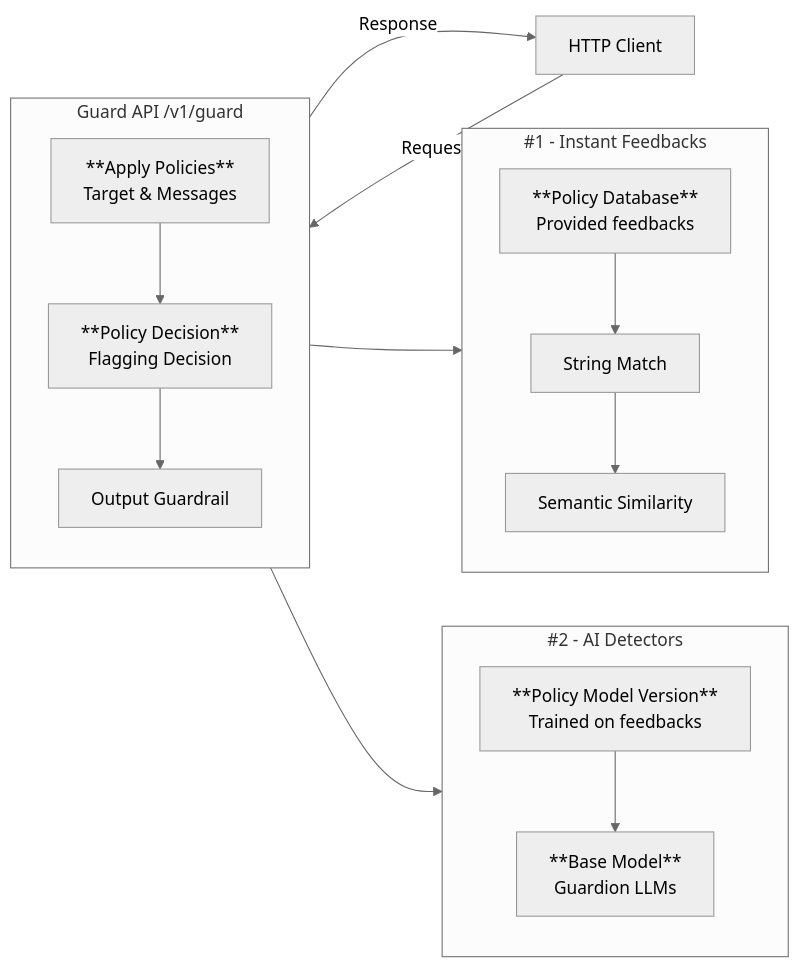
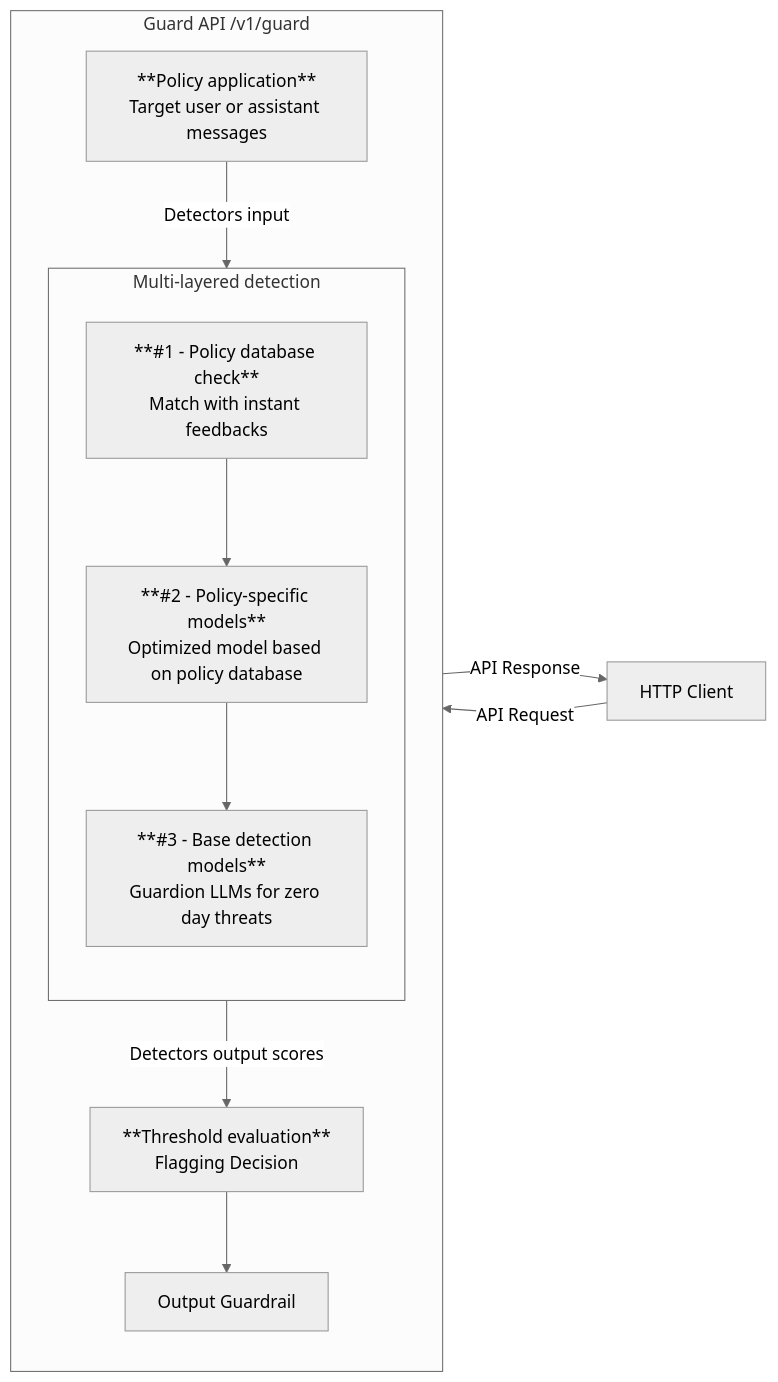
One commit to GuardionAI/docs changed the diagram in platform/feedbacks.mdx. Above: the diagram before and after it, drawn with Mermaid (neutral theme). The commit also changed other lines of this file, not shown here.

````diff
--- a/platform/feedbacks.mdx
+++ b/platform/feedbacks.mdx
@@ -79,28 +79,23 @@
 ```mermaid
   flowchart LR
-    User -->|Request| ValidateInput[Apply Guardrail Policies]
-    OutputGuard -->|Response| User[HTTP Client]
+    User -->|API Request| ValidateInput[Apply Guardrail Policies]
+    OutputGuard -->|API Response| User[HTTP Client]
 
-    ValidateInput --> Custom
-    ValidateInput --> Database
+    ValidateInput -->|Detectors input| Database
 
-    subgraph AIDetectors[#2 - AI Detectors]
+
+    subgraph FeedbackSystem[Multi-layered detection]
         direction TB
-        Custom[**Policy Model Version**\nTrained on feedbacks]
-        Custom --> AI[**Base Model**\nGuardion LLMs] 
-        
-    end
-
-    subgraph FeedbackSystem[#1 - Instant Feedbacks]
-        direction TB
-        Database[**Policy Database**\nProvided feedbacks] --> StringMatch[String Match] 
-        StringMatch --> SemanticSimilarity[Semantic Similarity]
+        Database[**#1 - Policy database check**\nMatch with instant feedbacks]
+        Database --> Custom
+        Custom[**#2 - Policy-specific models**\nOptimized model based on policy database]
+        Custom --> AI[**#3 - Base detection models**\nGuardion LLMs for zero day threats] 
     end
 
     subgraph GuardAPI[Guard API /v1/guard]
         direction TB
-        ValidateInput[**Apply Policies**\nTarget & Messages] --> ValidateOutput
-        ValidateOutput[**Policy Decision**\nFlagging Decision] --> OutputGuard[Output Guardrail]
+        ValidateInput[**Policy application**\nTarget user or assistant messages]
+        FeedbackSystem -->|Detectors output scores| ValidateOutput[**Threshold evaluation**\nFlagging Decision] --> OutputGuard[Output Guardrail]
     end
     
 ```
````
